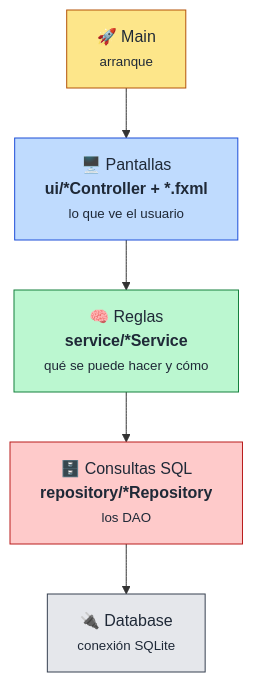
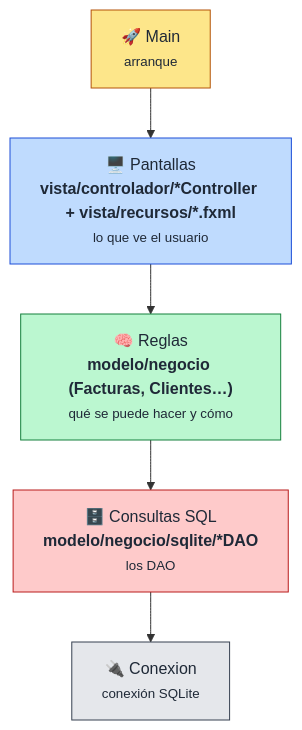
Before and after one commit to jribanezgarcia/factura_prueba: the diagram in README.md, drawn with Mermaid. The commit also changed other lines of this file and 60 other files, not shown here.

````diff
--- a/README.md
+++ b/README.md
@@ -90,14 +90,14 @@
 ```mermaid
 flowchart TD
     A["🚀 Main<br/><small>arranque</small>"] --> B
-    B["🖥️ Pantallas<br/><b>ui/*Controller + *.fxml</b><br/><small>lo que ve el usuario</small>"] --> C
-    C["🧠 Reglas<br/><b>service/*Service</b><br/><small>qué se puede hacer y cómo</small>"] --> D
-    D["🗄️ Consultas SQL<br/><b>repository/*Repository</b><br/><small>los DAO</small>"] --> E
-    E["🔌 Database<br/><small>conexión SQLite</small>"]
+    B["🖥️ Pantallas<br/><b>vista/controlador/*Controller + vista/recursos/*.fxml</b><br/><small>lo que ve el usuario</small>"] --> C
+    C["🧠 Reglas<br/><b>modelo/negocio (Facturas, Clientes…)</b><br/><small>qué se puede hacer y cómo</small>"] --> D
+    D["🗄️ Consultas SQL<br/><b>modelo/negocio/sqlite/*DAO</b><br/><small>los DAO</small>"] --> E
+    E["🔌 Conexion<br/><small>conexión SQLite</small>"]
 
     style A fill:#FDE68A,stroke:#B45309,color:#1F2937
     style B fill:#BFDBFE,stroke:#1D4ED8,color:#1F2937
     style C fill:#BBF7D0,stroke:#15803D,color:#1F2937
     style D fill:#FECACA,stroke:#B91C1C,color:#1F2937
     style E fill:#E5E7EB,stroke:#374151,color:#1F2937
 ```
````
